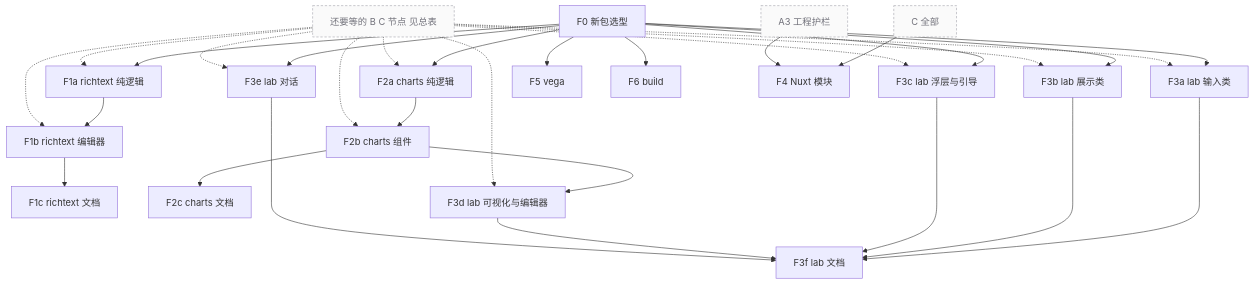
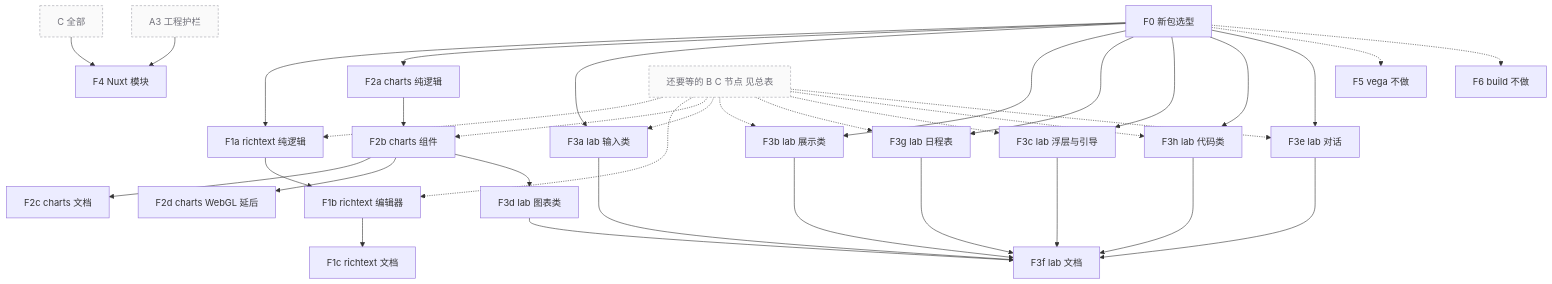
One commit to astryx-vue/astryx-vue changed the sixth of 6 diagrams in .agents-work/upstream-sync/ROADMAP.md. Above: the diagram before and after it, drawn with Mermaid. The commit also changed other lines of this file and 1 other file, not shown here.

````diff
--- a/.agents-work/upstream-sync/ROADMAP.md
+++ b/.agents-work/upstream-sync/ROADMAP.md
@@ -248,18 +251,21 @@
 ```mermaid
 flowchart TB
   classDef ext fill:#fafafa,stroke:#a1a1aa,stroke-dasharray:4 3,color:#71717a
   F0["F0 新包选型"]
   F0 --> F1a["F1a richtext 纯逻辑"] --> F1b["F1b richtext 编辑器"] --> F1c["F1c richtext 文档"]
   F0 --> F2a["F2a charts 纯逻辑"] --> F2b["F2b charts 组件"] --> F2c["F2c charts 文档"]
+  F2b --> F2d["F2d charts WebGL 延后"]
   F0 --> F3a["F3a lab 输入类"]
   F0 --> F3b["F3b lab 展示类"]
+  F0 --> F3g["F3g lab 日程表"]
   F0 --> F3c["F3c lab 浮层与引导"]
-  F2b --> F3d["F3d lab 可视化与编辑器"]
+  F2b --> F3d["F3d lab 图表类"]
+  F0 --> F3h["F3h lab 代码类"]
   F0 --> F3e["F3e lab 对话"]
-  F3a & F3b & F3c & F3d & F3e --> F3f["F3f lab 文档"]
-  F0 --> F5["F5 vega"]
-  F0 --> F6["F6 build"]
+  F3a & F3b & F3g & F3c & F3d & F3h & F3e --> F3f["F3f lab 文档"]
+  F0 -.-> F5["F5 vega 不做"]
+  F0 -.-> F6["F6 build 不做"]
   CALL["C 全部"]:::ext --> F4["F4 Nuxt 模块"]
   A3["A3 工程护栏"]:::ext --> F4
-  CX["还要等的 B C 节点 见总表"]:::ext -.-> F1a & F1b & F2a & F2b & F3a & F3b & F3c & F3d & F3e
+  CX["还要等的 B C 节点 见总表"]:::ext -.-> F1a & F1b & F2b & F3a & F3b & F3g & F3c & F3h & F3e
 ```
````
